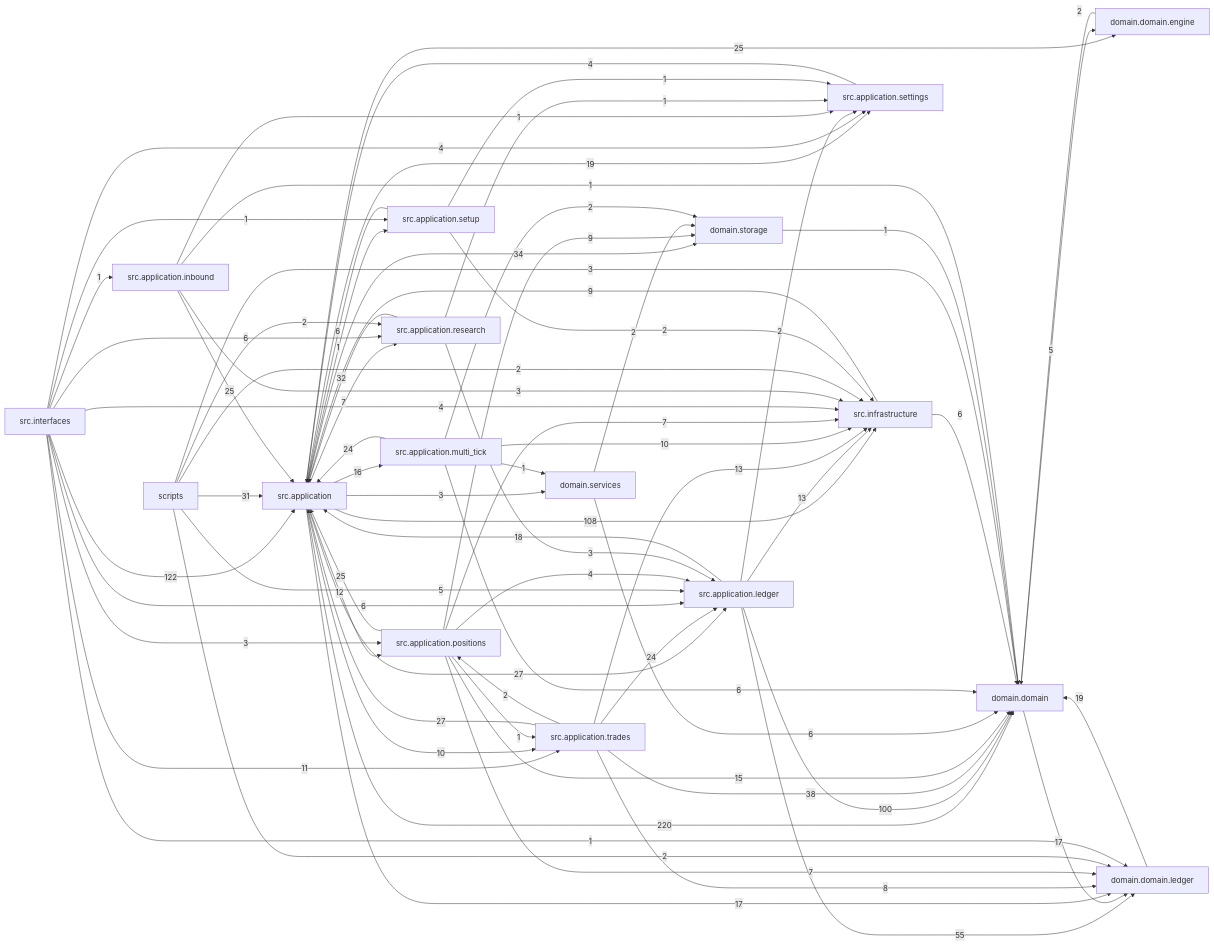
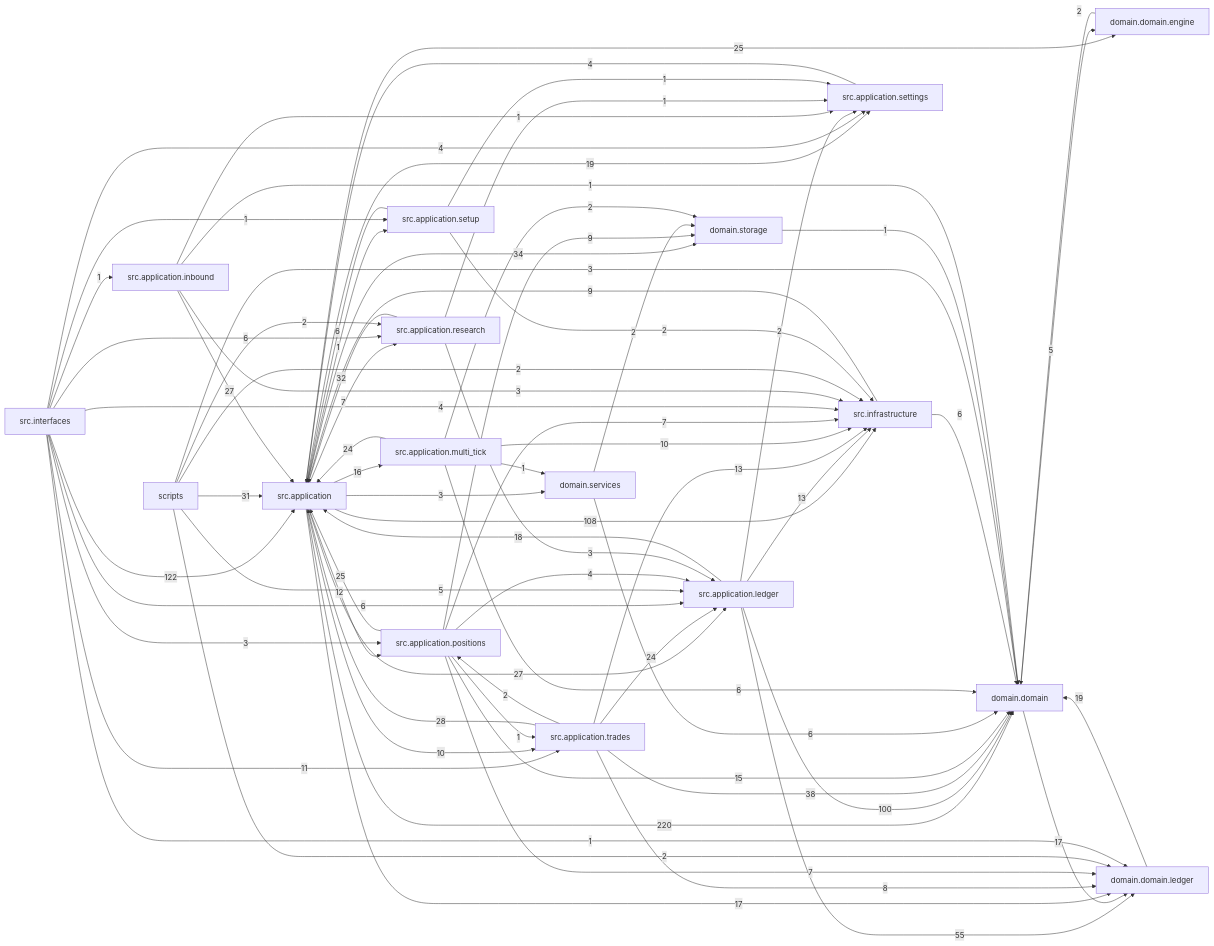
The diagram in docs/dependency_graph.mmd (liuxie066/options-monitor), drawn with Mermaid before and after one commit. The commit also changed 14 other files, not shown here.

```diff
--- a/docs/dependency_graph.mmd
+++ b/docs/dependency_graph.mmd
@@ -1,73 +1,73 @@
 flowchart LR
   src_application["src.application"] -->|220| domain_domain["domain.domain"]
   src_interfaces["src.interfaces"] -->|122| src_application["src.application"]
   src_application["src.application"] -->|108| src_infrastructure["src.infrastructure"]
   src_application_ledger["src.application.ledger"] -->|100| domain_domain["domain.domain"]
   src_application_ledger["src.application.ledger"] -->|55| domain_domain_ledger["domain.domain.ledger"]
   src_application_trades["src.application.trades"] -->|38| domain_domain["domain.domain"]
   src_application["src.application"] -->|34| domain_storage["domain.storage"]
   src_application_research["src.application.research"] -->|32| src_application["src.application"]
   scripts["scripts"] -->|31| src_application["src.application"]
+  src_application_trades["src.application.trades"] -->|28| src_application["src.application"]
   src_application["src.application"] -->|27| src_application_ledger["src.application.ledger"]
-  src_application_trades["src.application.trades"] -->|27| src_application["src.application"]
+  src_application_inbound["src.application.inbound"] -->|27| src_application["src.application"]
   src_application["src.application"] -->|25| domain_domain_engine["domain.domain.engine"]
-  src_application_inbound["src.application.inbound"] -->|25| src_application["src.application"]
   src_application_positions["src.application.positions"] -->|25| src_application["src.application"]
   src_application_multi_tick["src.application.multi_tick"] -->|24| src_application["src.application"]
   src_application_trades["src.application.trades"] -->|24| src_application_ledger["src.application.ledger"]
   domain_domain_ledger["domain.domain.ledger"] -->|19| domain_domain["domain.domain"]
   src_application["src.application"] -->|19| src_application_settings["src.application.settings"]
   src_application_ledger["src.application.ledger"] -->|18| src_application["src.application"]
   domain_domain["domain.domain"] -->|17| domain_domain_ledger["domain.domain.ledger"]
   src_application["src.application"] -->|17| domain_domain_ledger["domain.domain.ledger"]
   src_application["src.application"] -->|16| src_application_multi_tick["src.application.multi_tick"]
   src_application_positions["src.application.positions"] -->|15| domain_domain["domain.domain"]
   src_application_ledger["src.application.ledger"] -->|13| src_infrastructure["src.infrastructure"]
   src_application_trades["src.application.trades"] -->|13| src_infrastructure["src.infrastructure"]
   src_application["src.application"] -->|12| src_application_positions["src.application.positions"]
   src_interfaces["src.interfaces"] -->|11| src_application_trades["src.application.trades"]
   src_application["src.application"] -->|10| src_application_trades["src.application.trades"]
   src_application_multi_tick["src.application.multi_tick"] -->|10| src_infrastructure["src.infrastructure"]
   src_application_positions["src.application.positions"] -->|9| domain_storage["domain.storage"]
   src_infrastructure["src.infrastructure"] -->|9| src_application["src.application"]
   src_application_trades["src.application.trades"] -->|8| domain_domain_ledger["domain.domain.ledger"]
   src_application["src.application"] -->|7| src_application_research["src.application.research"]
   src_application_positions["src.application.positions"] -->|7| domain_domain_ledger["domain.domain.ledger"]
   src_application_positions["src.application.positions"] -->|7| src_infrastructure["src.infrastructure"]
   domain_services["domain.services"] -->|6| domain_domain["domain.domain"]
   src_application_multi_tick["src.application.multi_tick"] -->|6| domain_domain["domain.domain"]
   src_application_setup["src.application.setup"] -->|6| src_application["src.application"]
   src_infrastructure["src.infrastructure"] -->|6| domain_domain["domain.domain"]
   src_interfaces["src.interfaces"] -->|6| src_application_ledger["src.application.ledger"]
   src_interfaces["src.interfaces"] -->|6| src_application_research["src.application.research"]
   domain_domain["domain.domain"] -->|5| domain_domain_engine["domain.domain.engine"]
   scripts["scripts"] -->|5| src_application_ledger["src.application.ledger"]
   src_application_positions["src.application.positions"] -->|4| src_application_ledger["src.application.ledger"]
   src_application_settings["src.application.settings"] -->|4| src_application["src.application"]
   src_interfaces["src.interfaces"] -->|4| src_application_settings["src.application.settings"]
   src_interfaces["src.interfaces"] -->|4| src_infrastructure["src.infrastructure"]
   scripts["scripts"] -->|3| domain_domain["domain.domain"]
   src_application["src.application"] -->|3| domain_services["domain.services"]
   src_application_inbound["src.application.inbound"] -->|3| src_infrastructure["src.infrastructure"]
   src_application_research["src.application.research"] -->|3| src_application_ledger["src.application.ledger"]
   src_interfaces["src.interfaces"] -->|3| src_application_positions["src.application.positions"]
   domain_domain_engine["domain.domain.engine"] -->|2| domain_domain["domain.domain"]
   domain_services["domain.services"] -->|2| domain_storage["domain.storage"]
   scripts["scripts"] -->|2| domain_domain_ledger["domain.domain.ledger"]
   scripts["scripts"] -->|2| src_application_research["src.application.research"]
   scripts["scripts"] -->|2| src_infrastructure["src.infrastructure"]
   src_application_ledger["src.application.ledger"] -->|2| src_application_settings["src.application.settings"]
   src_application_multi_tick["src.application.multi_tick"] -->|2| domain_storage["domain.storage"]
   src_application_setup["src.application.setup"] -->|2| src_infrastructure["src.infrastructure"]
   src_application_trades["src.application.trades"] -->|2| src_application_positions["src.application.positions"]
   domain_storage["domain.storage"] -->|1| domain_domain["domain.domain"]
   src_application["src.application"] -->|1| src_application_setup["src.application.setup"]
   src_application_inbound["src.application.inbound"] -->|1| domain_domain["domain.domain"]
   src_application_inbound["src.application.inbound"] -->|1| src_application_settings["src.application.settings"]
   src_application_multi_tick["src.application.multi_tick"] -->|1| domain_services["domain.services"]
   src_application_positions["src.application.positions"] -->|1| src_application_trades["src.application.trades"]
   src_application_research["src.application.research"] -->|1| src_application_settings["src.application.settings"]
   src_application_setup["src.application.setup"] -->|1| src_application_settings["src.application.settings"]
   src_interfaces["src.interfaces"] -->|1| domain_domain_ledger["domain.domain.ledger"]
   src_interfaces["src.interfaces"] -->|1| src_application_inbound["src.application.inbound"]
   src_interfaces["src.interfaces"] -->|1| src_application_setup["src.application.setup"]
```
